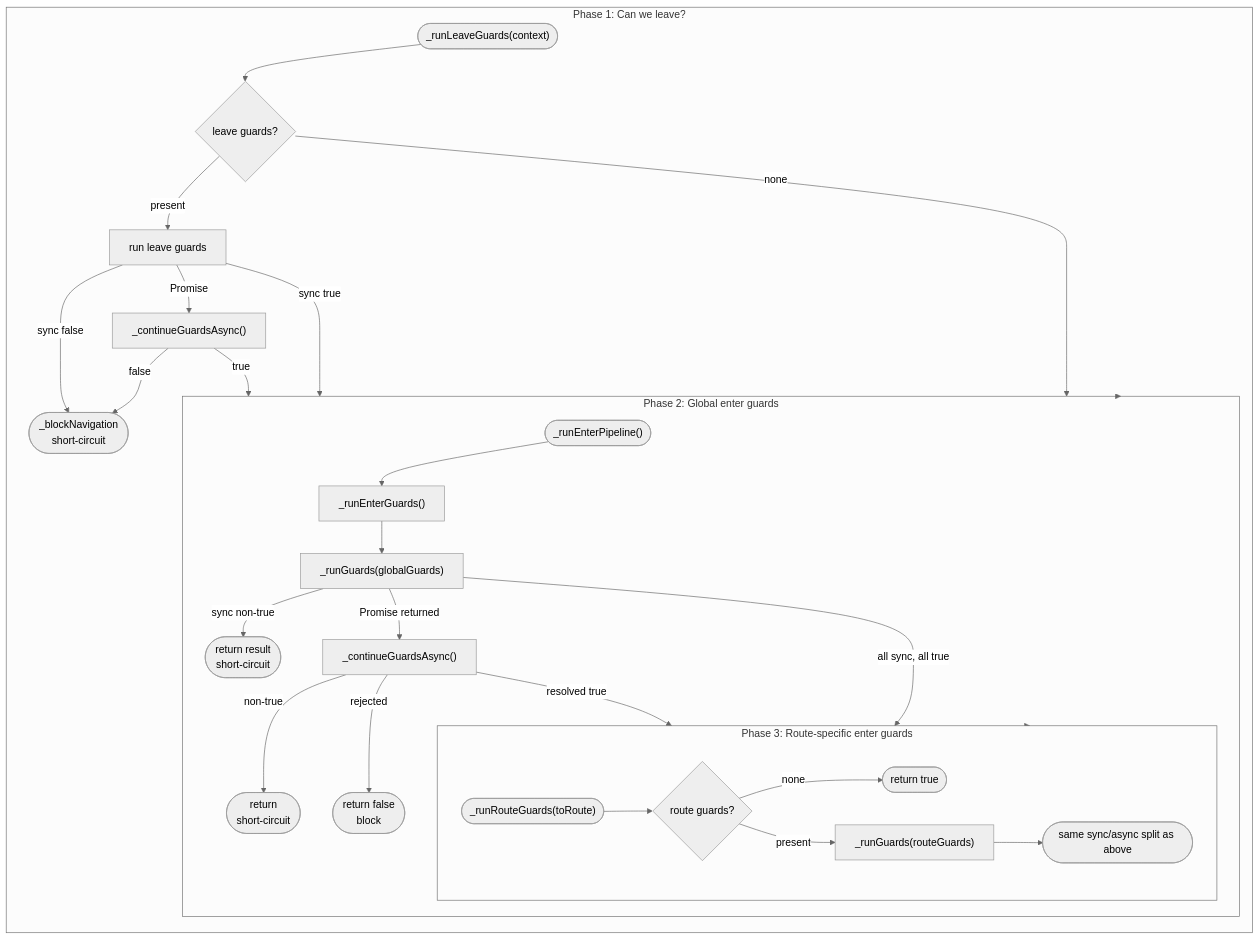
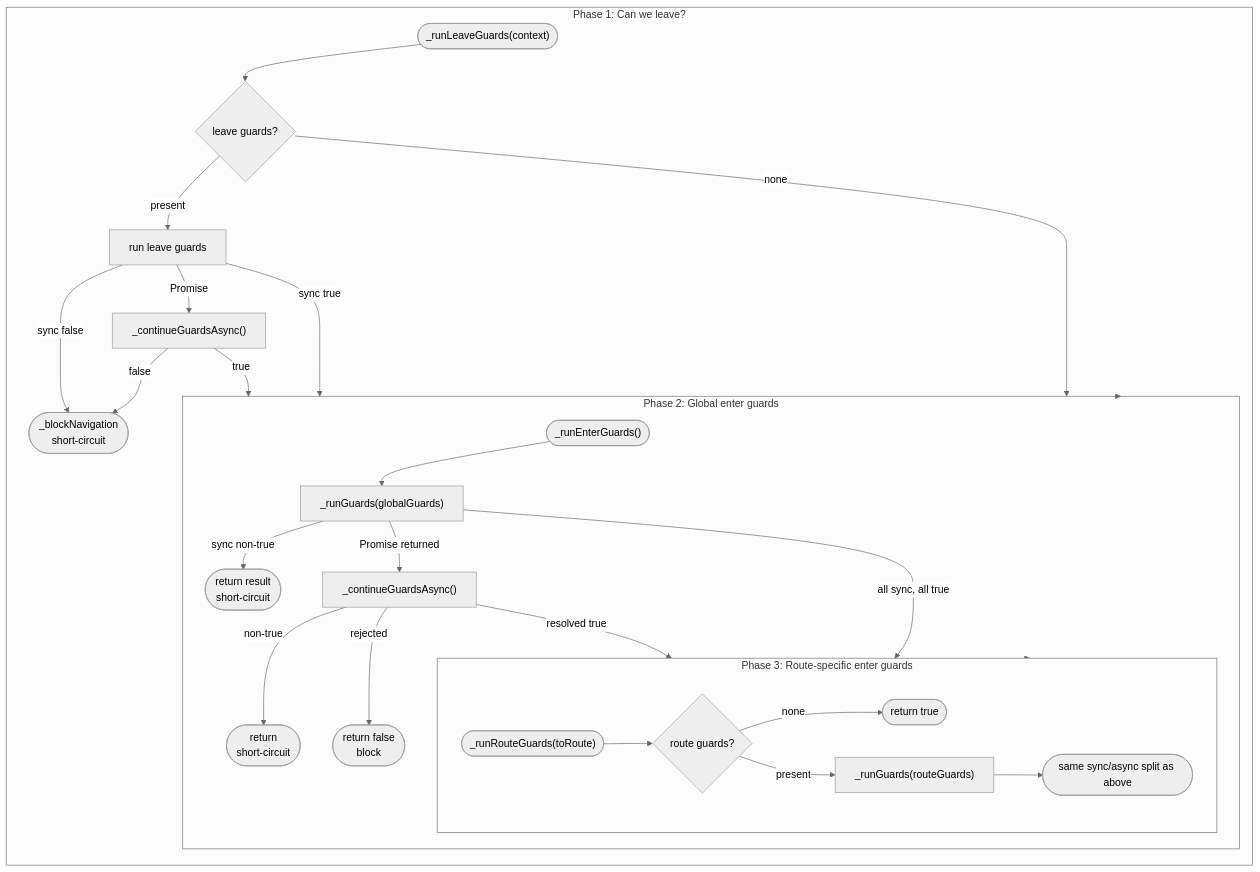
One commit to wridgeu/ui5-lib-guard-router changed the second of 4 diagrams in docs/architecture.md. Above: the diagram before and after it, drawn with Mermaid (neutral theme). The commit also changed other lines of this file and 3 other files, not shown here.

First line of the commit message:
refactor: unify guard pipeline and remove _runEnterPipeline

````diff
--- a/docs/architecture.md
+++ b/docs/architecture.md
@@ -188,34 +191,33 @@
 ```mermaid
 flowchart TD
     subgraph phase1 ["Phase 1: Can we leave?"]
         leave(["_runLeaveGuards(context)"]) --> lcheck{leave guards?}
         lcheck -- none --> phase2
         lcheck -- present --> lrun[run leave guards]
         lrun -- "sync false" --> lblock(["_blockNavigation<br/>short-circuit"])
         lrun -- "sync true" --> phase2
         lrun -- Promise --> lfin["_continueGuardsAsync()"]
         lfin -- "false" --> lblock
         lfin -- "true" --> phase2
     end
 
     subgraph phase2 ["Phase 2: Global enter guards"]
-        enter(["_runEnterPipeline()"]) --> allguards["_runEnterGuards()"]
-        allguards --> gsync["_runGuards(globalGuards)"]
+        enter(["_runEnterGuards()"]) --> gsync["_runGuards(globalGuards)"]
         gsync -- "all sync, all true" --> phase3
         gsync -- "sync non-true" --> gblock(["return result<br/>short-circuit"])
         gsync -- "Promise returned" --> gfin["_continueGuardsAsync()"]
         gfin -- "resolved true" --> phase3
         gfin -- "non-true" --> gblock2(["return<br/>short-circuit"])
         gfin -- "rejected" --> gblock3(["return false<br/>block"])
     end
 
     subgraph phase3 ["Phase 3: Route-specific enter guards"]
         renter(["_runRouteGuards(toRoute)"]) --> rcheck{route guards?}
         rcheck -- none --> rtrue([return true])
         rcheck -- present --> rsync["_runGuards(routeGuards)"]
         rsync --> rnote([same sync/async split as above])
     end
 
     phase1 --> phase2
     phase2 --> phase3
 ```
````
